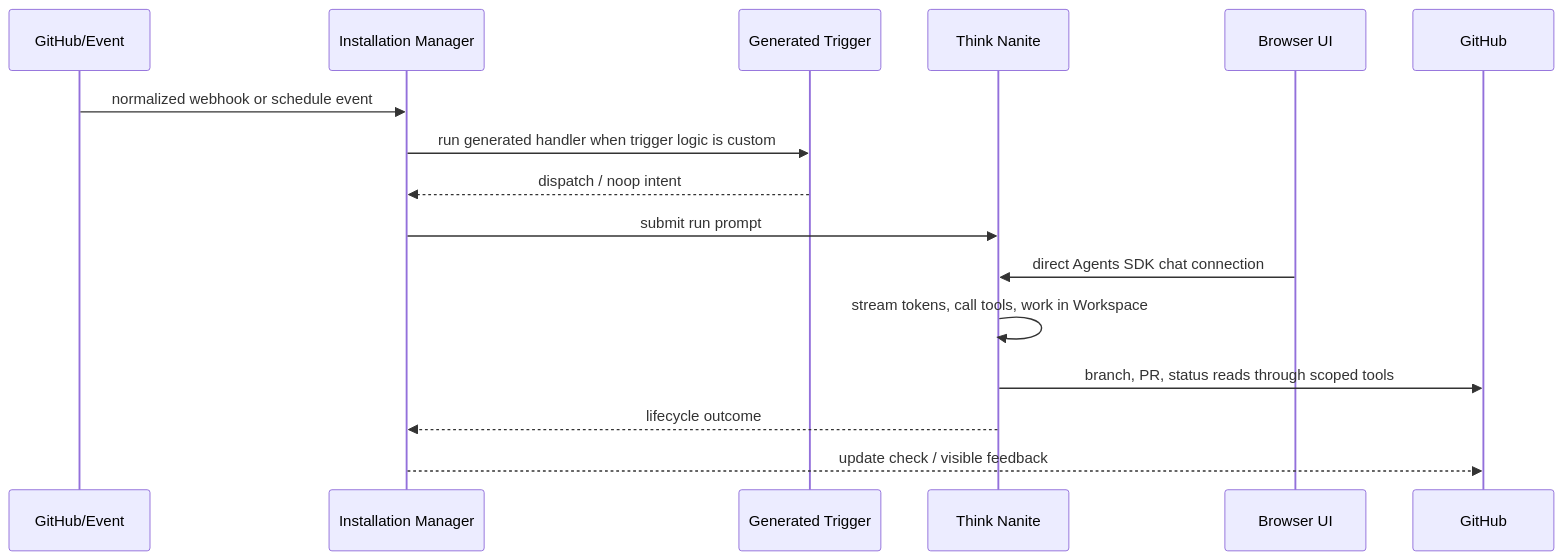
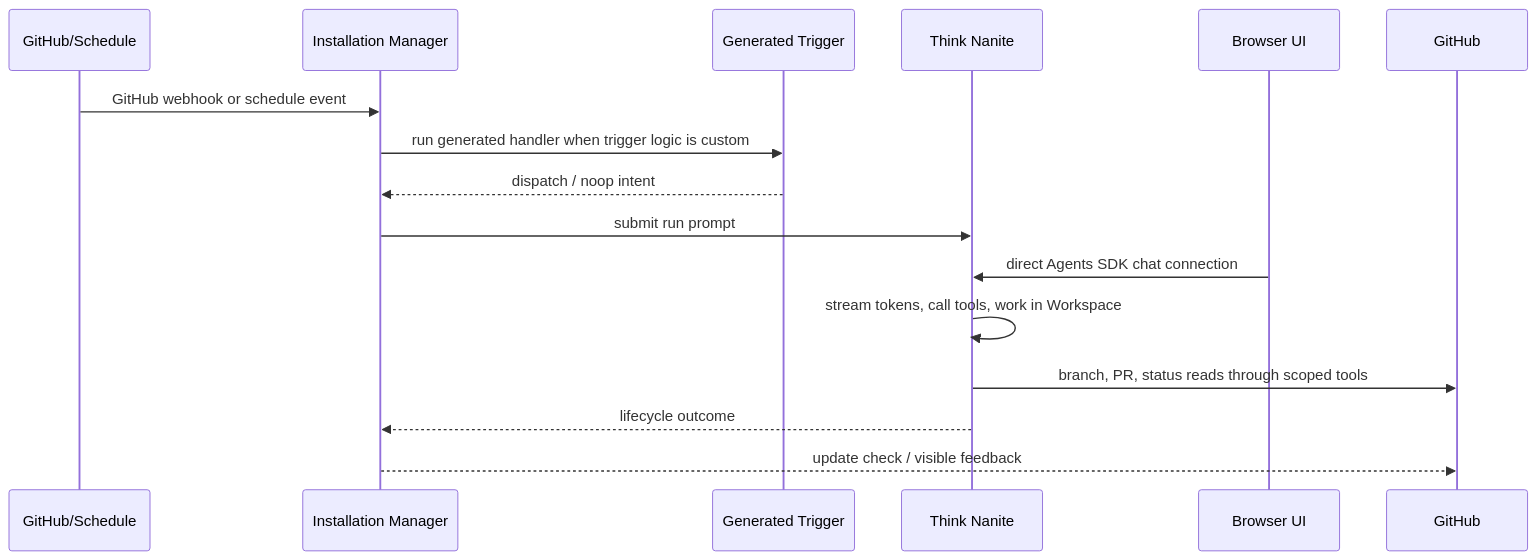
The second of 2 diagrams in docs/architecture/README.md (WebMCP-org/nanites), drawn with Mermaid before and after one commit. The commit also changed other lines of this file and 23 other files, not shown here.

````diff
--- a/docs/architecture/README.md
+++ b/docs/architecture/README.md
@@ -45,19 +45,19 @@
 ```mermaid
 sequenceDiagram
-  participant Event as GitHub/Event
+  participant Event as GitHub/Schedule
   participant Manager as Installation Manager
   participant Trigger as Generated Trigger
   participant Nanite as Think Nanite
   participant UI as Browser UI
   participant GitHub as GitHub
 
-  Event->>Manager: normalized webhook or schedule event
+  Event->>Manager: GitHub webhook or schedule event
   Manager->>Trigger: run generated handler when trigger logic is custom
   Trigger-->>Manager: dispatch / noop intent
   Manager->>Nanite: submit run prompt
   UI->>Nanite: direct Agents SDK chat connection
   Nanite->>Nanite: stream tokens, call tools, work in Workspace
   Nanite->>GitHub: branch, PR, status reads through scoped tools
   Nanite-->>Manager: lifecycle outcome
   Manager-->>GitHub: update check / visible feedback
 ```
````
